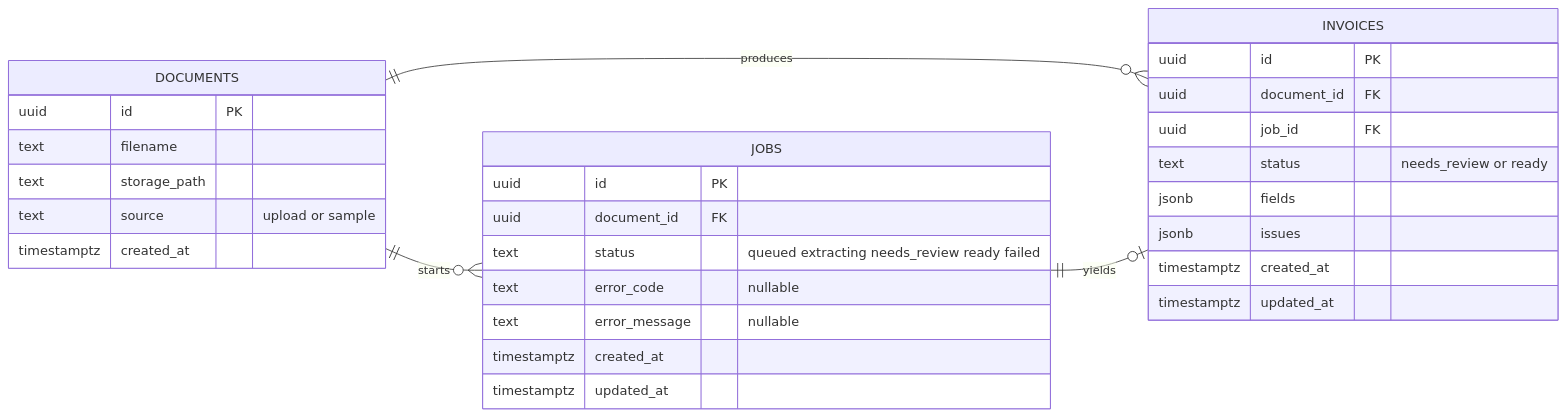
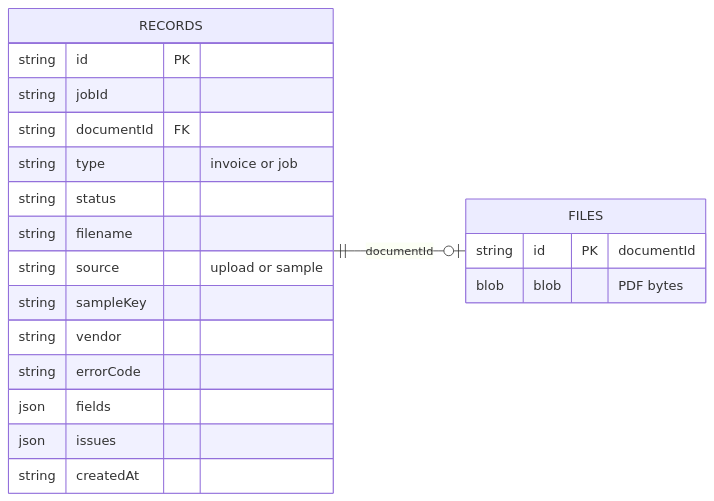
Before and after one commit to MoShahan/ledger-lens: the diagram in ERD.md, drawn with Mermaid. The commit also changed other lines of this file and 31 other files, not shown here.

````diff
--- a/ERD.md
+++ b/ERD.md
@@ -5,37 +5,27 @@
 ```mermaid
 erDiagram
     direction LR
 
-    DOCUMENTS ||--o{ JOBS : starts
-    DOCUMENTS ||--o{ INVOICES : produces
-    JOBS ||--o| INVOICES : yields
+    RECORDS ||--o| FILES : "documentId"
 
-    DOCUMENTS {
-        uuid id PK
-        text filename
-        text storage_path
-        text source "upload or sample"
-        timestamptz created_at
+    RECORDS {
+      string id PK
+      string jobId
+      string documentId FK
+      string type "invoice or job"
+      string status
+      string filename
+      string source "upload or sample"
+      string sampleKey
+      string vendor
+      string errorCode
+      json fields
+      json issues
+      string createdAt
     }
 
-    JOBS {
-        uuid id PK
-        uuid document_id FK
-        text status "queued extracting needs_review ready failed"
-        text error_code "nullable"
-        text error_message "nullable"
-        timestamptz created_at
-        timestamptz updated_at
-    }
-
-    INVOICES {
-        uuid id PK
-        uuid document_id FK
-        uuid job_id FK
-        text status "needs_review or ready"
-        jsonb fields
-        jsonb issues
-        timestamptz created_at
-        timestamptz updated_at
+    FILES {
+      string id PK "documentId"
+      blob blob "PDF bytes"
     }
 ```
````
